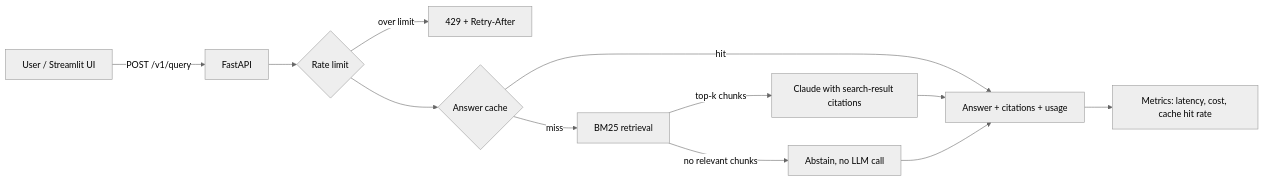
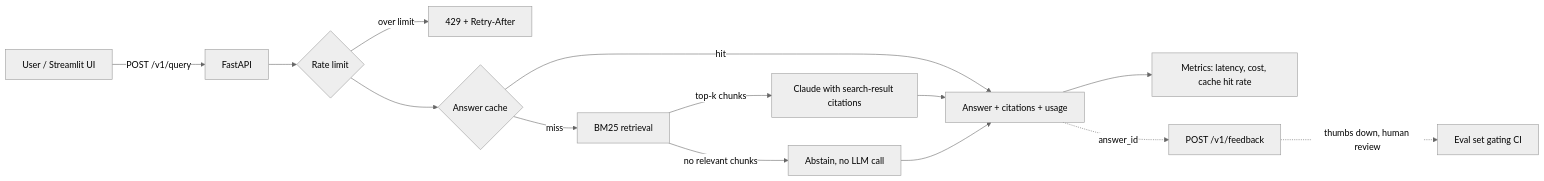
The diagram in README.md (tsriharsha402/production-rag-service), drawn with Mermaid (neutral theme) before and after one commit. The commit also changed other lines of this file and 19 other files, not shown here.

````diff
--- a/README.md
+++ b/README.md
@@ -26,14 +27,16 @@
 ```mermaid
 flowchart LR
     U[User / Streamlit UI] -->|POST /v1/query| API[FastAPI]
     API --> RL{Rate limit}
     RL -->|over limit| R429[429 + Retry-After]
     RL --> C{Answer cache}
     C -->|hit| OUT[Answer + citations + usage]
     C -->|miss| RET[BM25 retrieval]
     RET -->|no relevant chunks| ABS[Abstain, no LLM call]
     RET -->|top-k chunks| LLM[Claude with search-result citations]
     LLM --> OUT
     ABS --> OUT
     OUT --> M[Metrics: latency, cost, cache hit rate]
+    OUT -.->|answer_id| FB[POST /v1/feedback]
+    FB -.->|thumbs down, human review| EV[Eval set gating CI]
 ```
````
